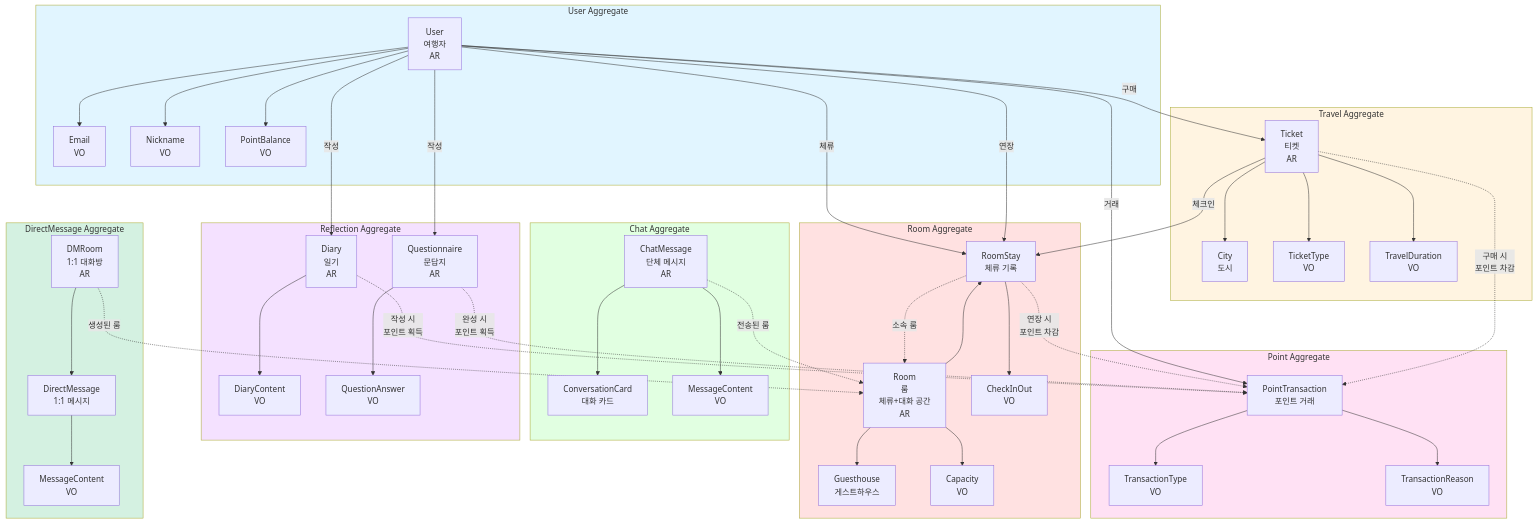
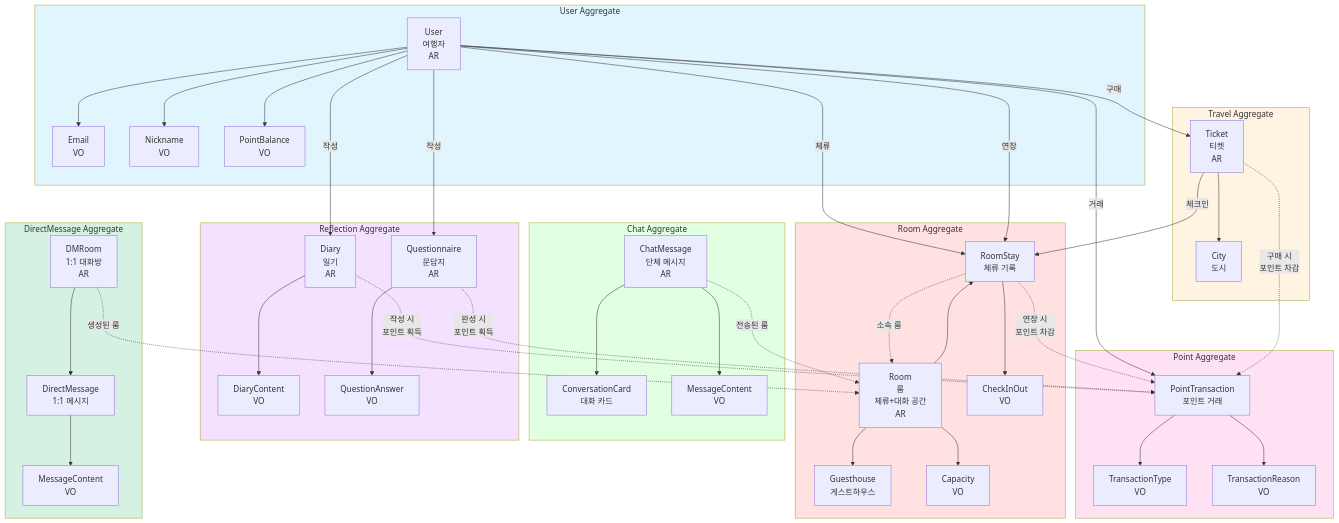
Before and after one commit to yuiyeong/bzero-api: the second of 2 diagrams in docs/domain-model.md, drawn with Mermaid.

Commit message:
docs: Ticket 관련 도메인 모델 문서 업데이트
🤖 Generated with [Claude Code](https://claude.com/claude-code)

```diff
--- a/docs/domain-model.md
+++ b/docs/domain-model.md
@@ -369,11 +369,7 @@
     subgraph TravelAggregate[Travel Aggregate]
         Ticket[Ticket<br/>티켓<br/>AR]
         City[City<br/>도시]
-        TicketType[TicketType<br/>VO]
-        TravelDuration[TravelDuration<br/>VO]
         Ticket --> City
-        Ticket --> TicketType
-        Ticket --> TravelDuration
     end
 
     subgraph RoomAggregate[Room Aggregate]
```
